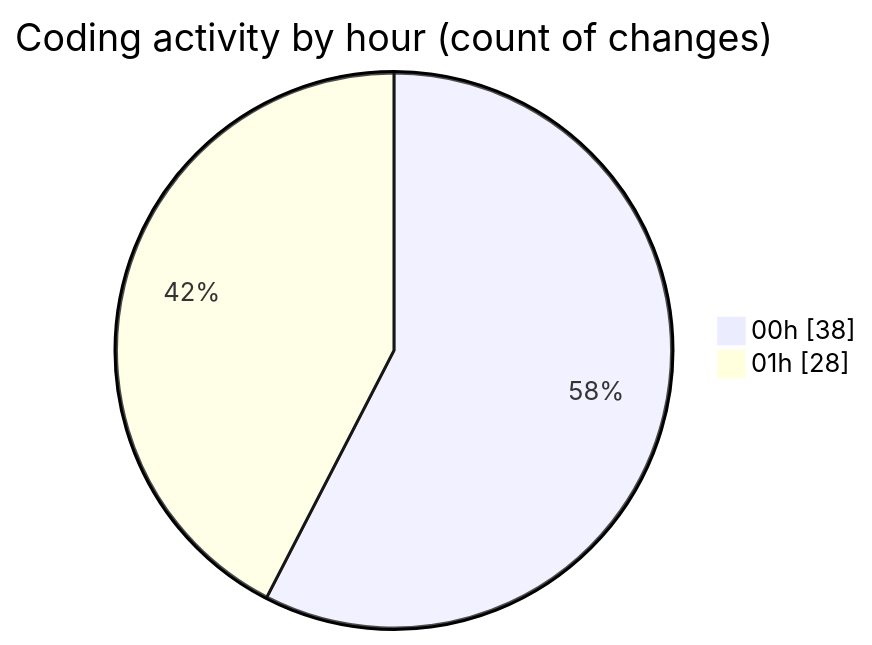
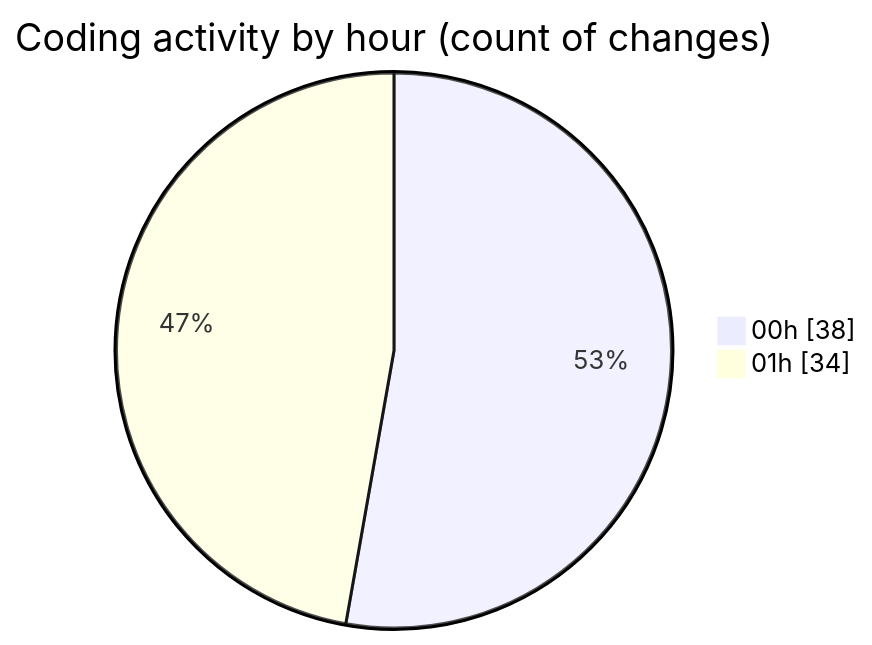
One commit to lephambinh05/code-tracking changed the second of 2 diagrams in 2025-07-27/quanlyrapchieuphim-1/README.md. Above: the diagram before and after it, drawn with Mermaid. The commit also changed other lines of this file and 1 other file, not shown here.

````diff
--- a/2025-07-27/quanlyrapchieuphim-1/README.md
+++ b/2025-07-27/quanlyrapchieuphim-1/README.md
@@ -51,6 +52,6 @@
 ```mermaid
 pie showData
 title Coding activity by hour (count of changes)
 "00h" : 38
-"01h" : 28
+"01h" : 34
 ```
````
